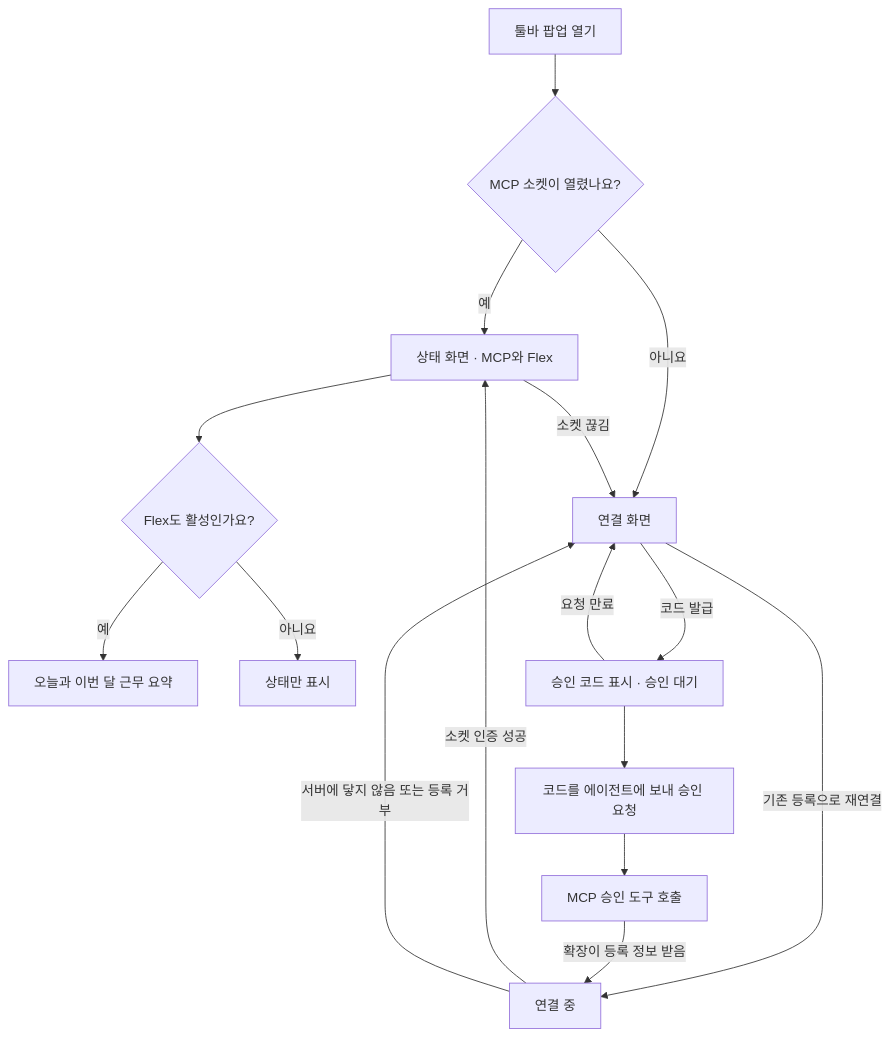
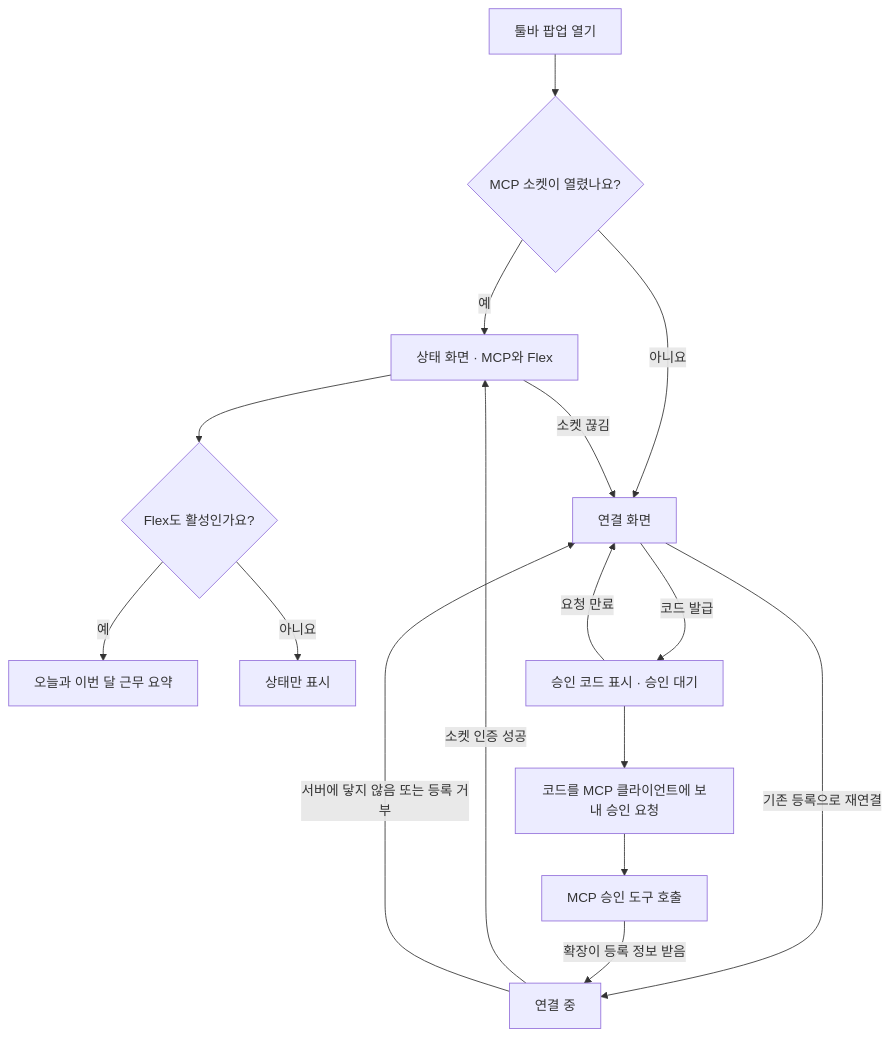
One commit to freevue/flex-mcp changed the diagram in docs/features/extension-ui-plan.md. Above: the diagram before and after it, drawn with Mermaid. The commit also changed other lines of this file and 84 other files, not shown here.

````diff
--- a/docs/features/extension-ui-plan.md
+++ b/docs/features/extension-ui-plan.md
@@ -11,18 +11,18 @@
 ```mermaid
 flowchart TD
     Start["툴바 팝업 열기"] --> Socket{"MCP 소켓이 열렸나요?"}
     Socket -->|예| Status["상태 화면 · MCP와 Flex"]
     Status --> Flex{"Flex도 활성인가요?"}
     Flex -->|예| Work["오늘과 이번 달 근무 요약"]
     Flex -->|아니요| StateOnly["상태만 표시"]
     Socket -->|아니요| Connect["연결 화면"]
     Connect -->|코드 발급| Pending["승인 코드 표시 · 승인 대기"]
     Connect -->|기존 등록으로 재연결| Connecting["연결 중"]
-    Pending --> Agent["코드를 에이전트에 보내 승인 요청"]
+    Pending --> Agent["코드를 MCP 클라이언트에 보내 승인 요청"]
     Agent --> Approve["MCP 승인 도구 호출"]
     Approve -->|확장이 등록 정보 받음| Connecting
     Pending -->|요청 만료| Connect
     Connecting -->|소켓 인증 성공| Status
     Connecting -->|서버에 닿지 않음 또는 등록 거부| Connect
     Status -->|소켓 끊김| Connect
 ```
````
